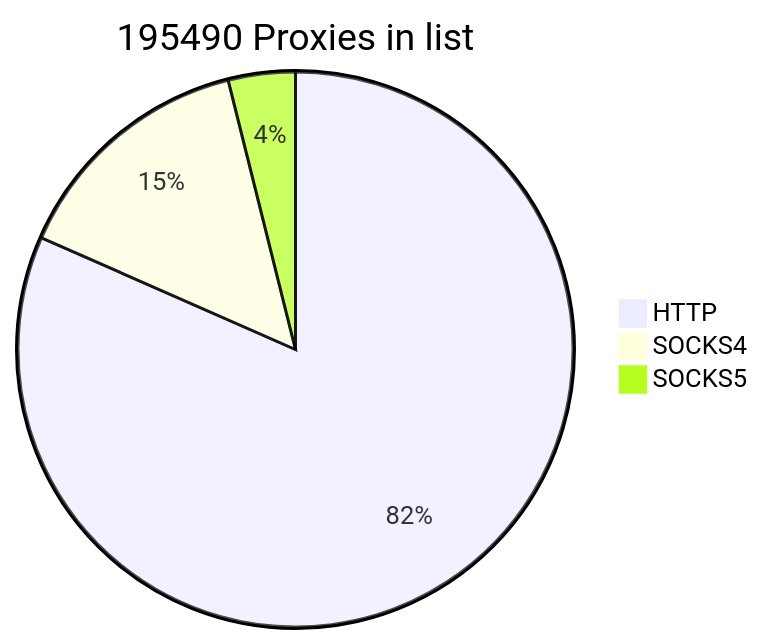
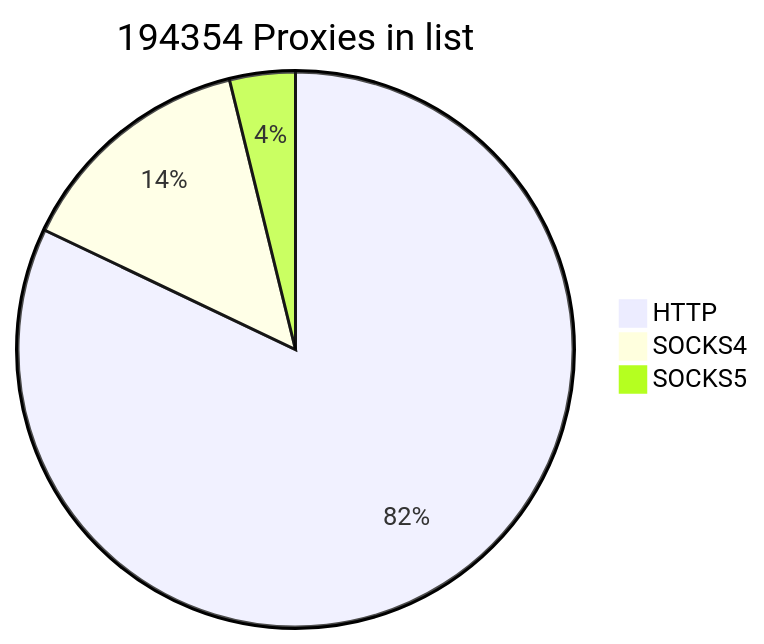
Before and after one commit to cutipu/proxylist: the first of 2 diagrams in README.md, drawn with Mermaid. The commit also changed other lines of this file, not shown here.

````diff
--- a/README.md
+++ b/README.md
@@ -2,7 +2,7 @@
 ```mermaid
-pie title 195490 Proxies in list
+pie title 194354 Proxies in list
     "HTTP" : 159505
-    "SOCKS4" : 28366
-    "SOCKS5" : 7619
+    "SOCKS4" : 27421
+    "SOCKS5" : 7428
             
 ```
````
